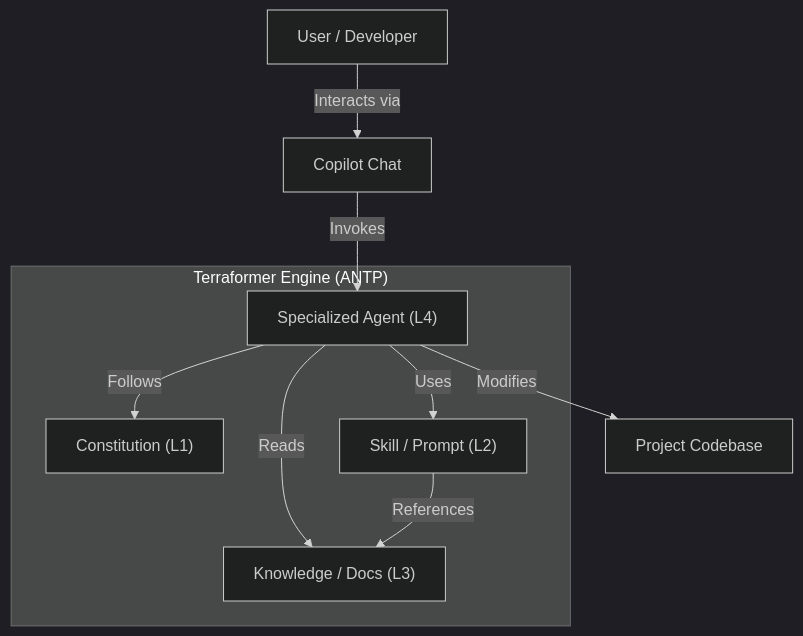
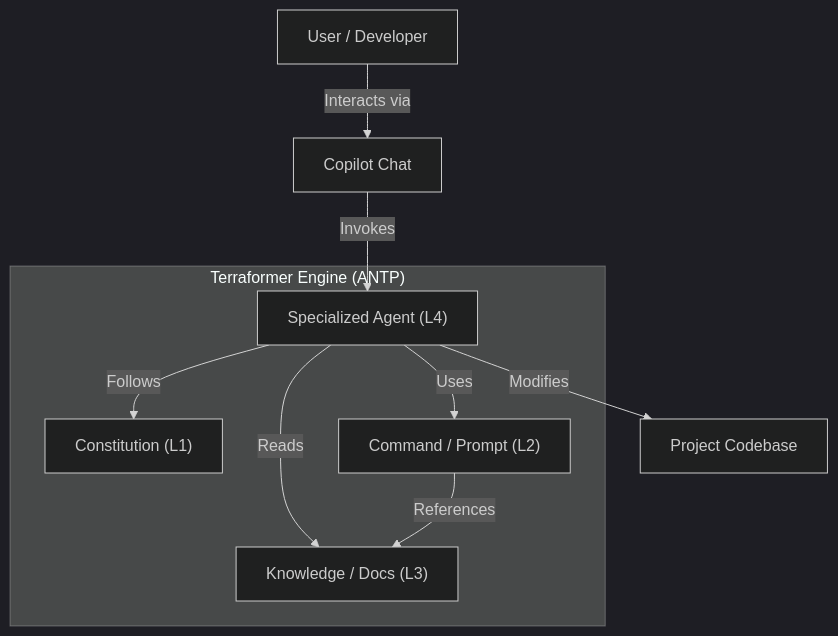
Before and after one commit to LongbowXXX/terraformer: the diagram in docs/architecture/overview.md, drawn with Mermaid (dark theme). The commit also changed other lines of this file and 20 other files, not shown here.

````diff
--- a/docs/architecture/overview.md
+++ b/docs/architecture/overview.md
@@ -42,15 +42,15 @@
 ```mermaid
 graph TD
     User[User / Developer] -->|Interacts via| Chat[Copilot Chat]
     Chat -->|Invokes| Agent["Specialized Agent (L4)"]
 
     subgraph "Terraformer Engine (ANTP)"
         Agent -->|Follows| Const["Constitution (L1)"]
-        Agent -->|Uses| Skill["Skill / Prompt (L2)"]
+        Agent -->|Uses| Command["Command / Prompt (L2)"]
         Agent -->|Reads| Know["Knowledge / Docs (L3)"]
 
-        Skill -->|References| Know
+        Command -->|References| Know
     end
 
     Agent -->|Modifies| Code[Project Codebase]
 ```
````
